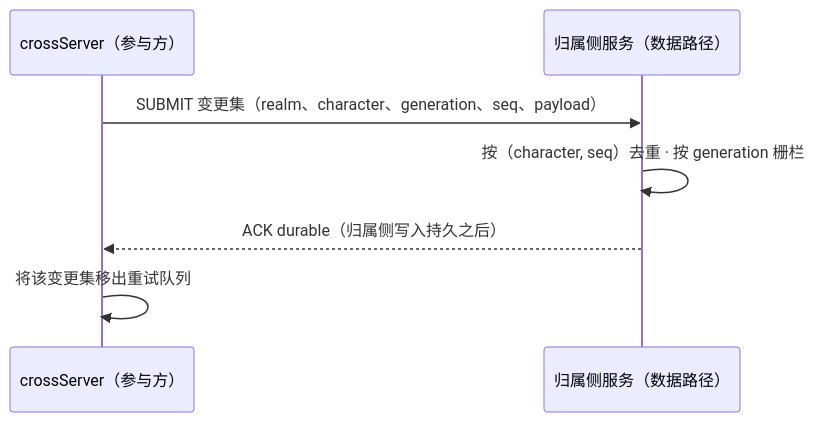
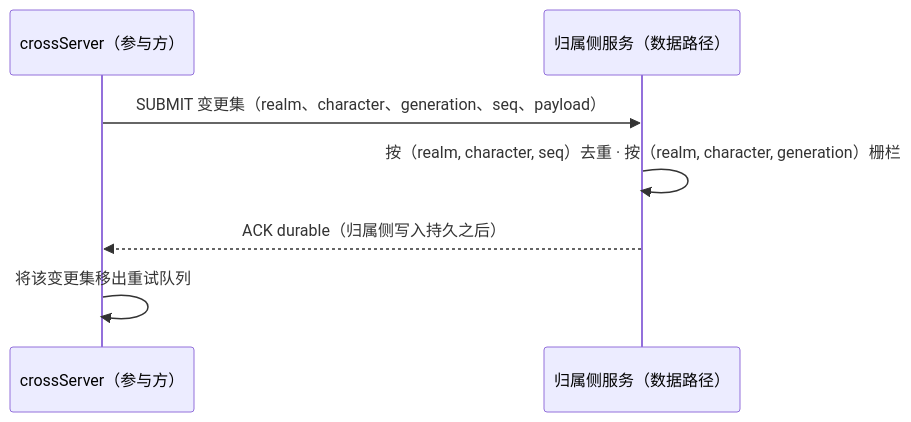
Before and after one commit to cuihairu/mistlane: the diagram in docs/zh/cross-return-protocol.md, drawn with Mermaid. The commit also changed other lines of this file and 8 other files, not shown here.

````diff
--- a/docs/zh/cross-return-protocol.md
+++ b/docs/zh/cross-return-protocol.md
@@ -30,9 +30,9 @@
 ```mermaid
 sequenceDiagram
   participant X as crossServer（参与方）
   participant H as 归属侧服务（数据路径）
   X->>H: SUBMIT 变更集（realm、character、generation、seq、payload）
-  H->>H: 按（character, seq）去重 · 按 generation 栅栏
+  H->>H: 按（realm, character, seq）去重 · 按（realm, character, generation）栅栏
   H-->>X: ACK durable（归属侧写入持久之后）
   X->>X: 将该变更集移出重试队列
 ```
````
